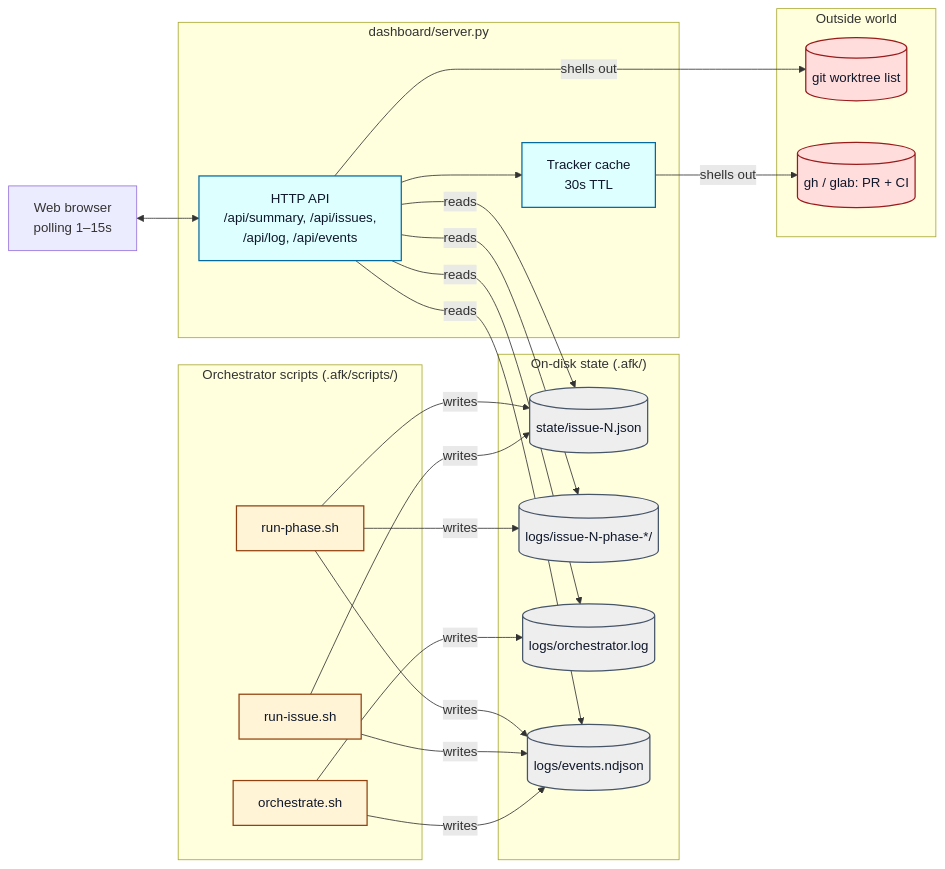
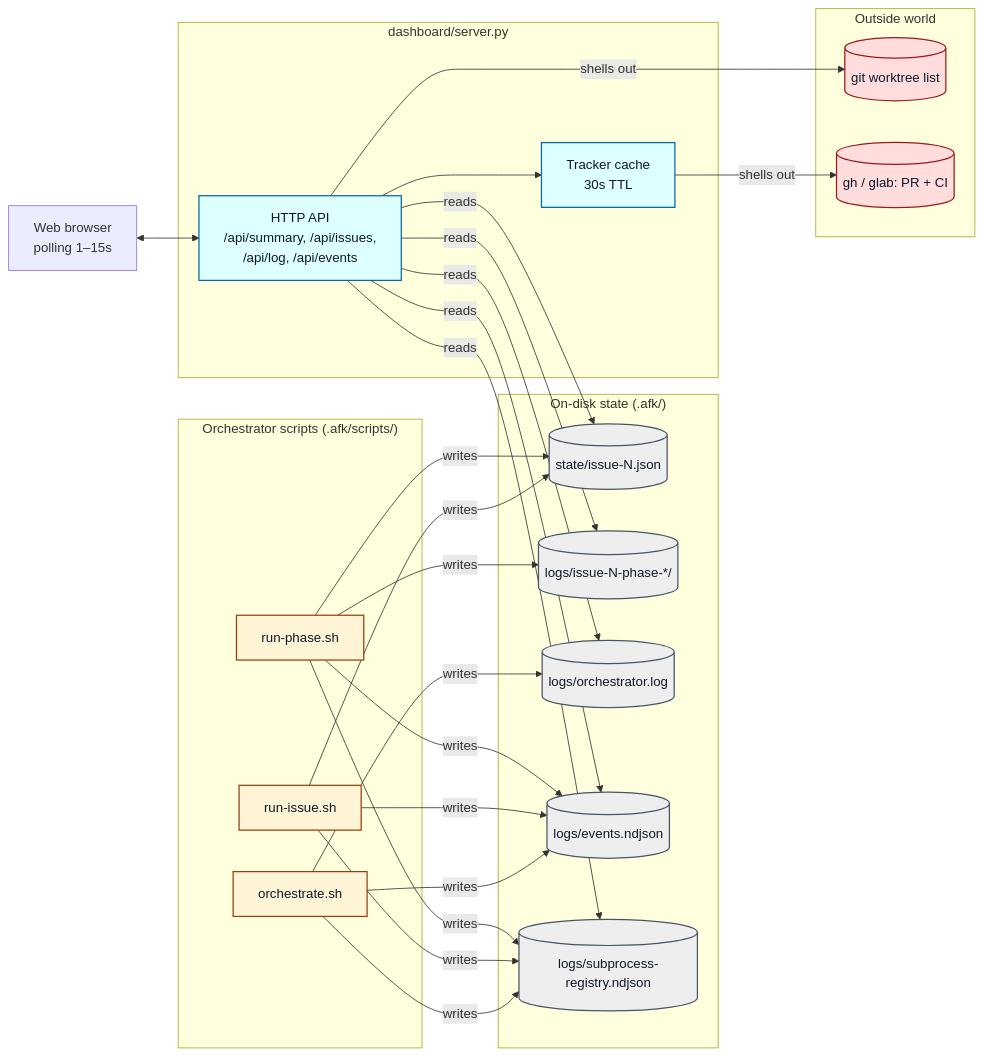
Before and after one commit to Mo-Tamim/afk-agent: the first of 3 diagrams in docs/DASHBOARD.md, drawn with Mermaid. The commit also changed other lines of this file and 15 other files, not shown here.

First line of the commit message:
docs: enhance subprocess registry and auto-resume features in documentation

````diff
--- a/docs/DASHBOARD.md
+++ b/docs/DASHBOARD.md
@@ -34,54 +34,59 @@
 ```mermaid
 flowchart LR
   subgraph Scripts["Orchestrator scripts (.afk/scripts/)"]
     O[orchestrate.sh]
     RI[run-issue.sh]
     RP[run-phase.sh]
   end
 
   subgraph Disk["On-disk state (.afk/)"]
     S[(state/issue-N.json)]
     L[(logs/issue-N-phase-*/)]
     OL[(logs/orchestrator.log)]
     E[(logs/events.ndjson)]
+    REG[(logs/subprocess-registry.ndjson)]
   end
 
   subgraph Outside["Outside world"]
     G[(git worktree list)]
     T[(gh / glab: PR + CI)]
   end
 
   subgraph Server["dashboard/server.py"]
     API[HTTP API<br/>/api/summary, /api/issues,<br/>/api/log, /api/events]
     CACHE[Tracker cache<br/>30s TTL]
   end
 
   Browser[Web browser<br/>polling 1–15s]
 
   O -- writes --> OL
   O -- writes --> E
+  O -- writes --> REG
   RI -- writes --> S
   RI -- writes --> E
+  RI -- writes --> REG
   RP -- writes --> S
   RP -- writes --> L
   RP -- writes --> E
+  RP -- writes --> REG
 
   API -- reads --> S
   API -- reads --> L
   API -- reads --> OL
   API -- reads --> E
+  API -- reads --> REG
   API -- shells out --> G
   API --> CACHE
   CACHE -- shells out --> T
 
   Browser <--> API
 
   classDef script fill:#fff4d6,stroke:#92400e,color:#0f172a,stroke-width:1.5px;
   classDef disk   fill:#eee,stroke:#475569,color:#0f172a,stroke-width:1.5px;
   classDef ext    fill:#fdd,stroke:#991b1b,color:#0f172a,stroke-width:1.5px;
   classDef serv   fill:#dff,stroke:#0369a1,color:#0f172a,stroke-width:1.5px;
   class O,RI,RP script
-  class S,L,OL,E disk
+  class S,L,OL,E,REG disk
   class G,T ext
   class API,CACHE serv
 ```
````
